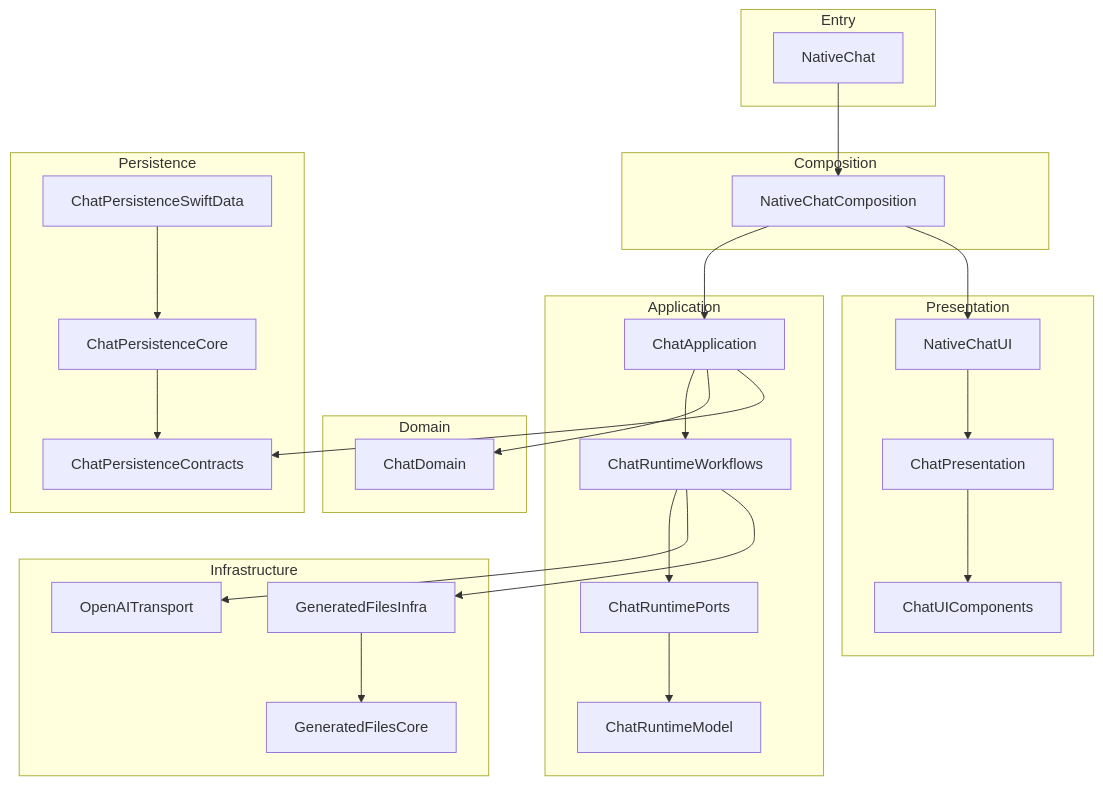
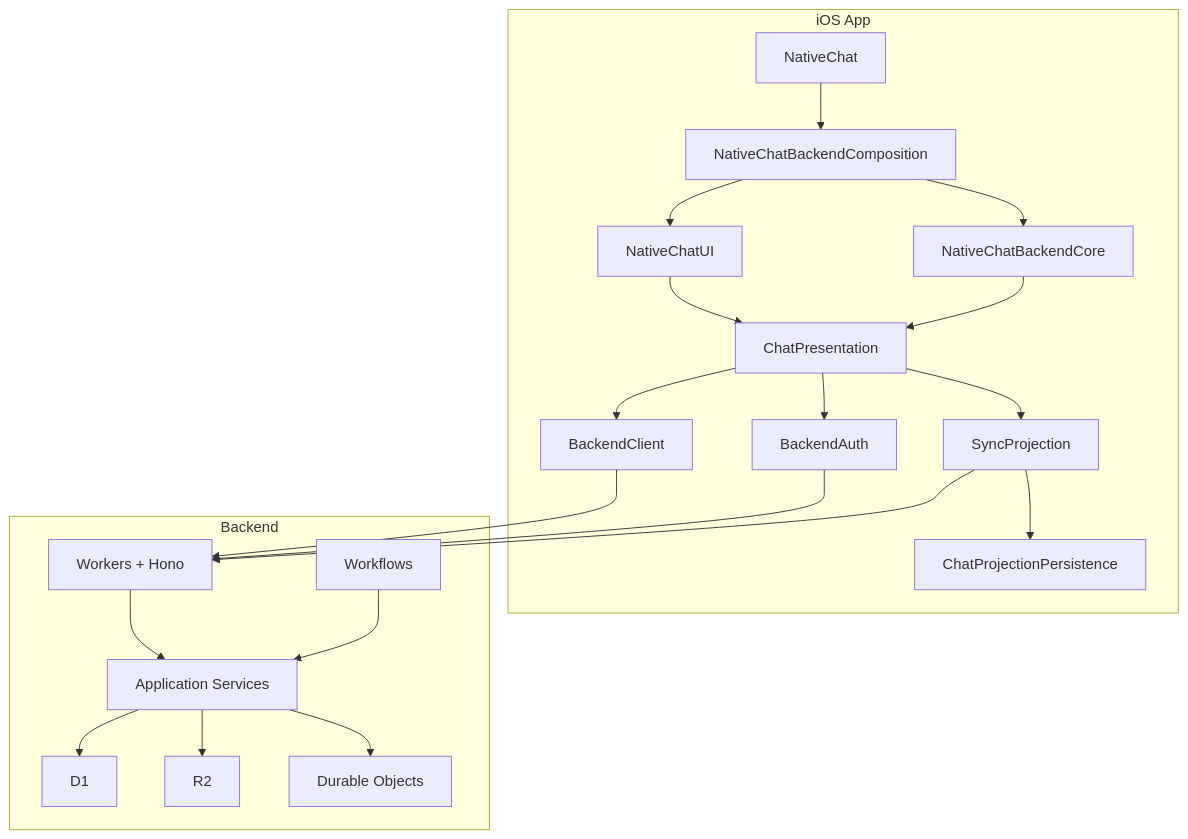
Before and after one commit to ljnpro/GlassGPT: the diagram in README.md, drawn with Mermaid. The commit also changed other lines of this file and 837 other files, not shown here.

````diff
--- a/README.md
+++ b/README.md
@@ -23,41 +29,26 @@
 ```mermaid
 graph TD
-    subgraph Presentation
-        A[NativeChatUI] --> B[ChatPresentation]
-        B --> C[ChatUIComponents]
+    subgraph iOS App
+        A["NativeChatUI"] --> B["ChatPresentation"]
+        B --> C["BackendClient"]
+        B --> D["BackendAuth"]
+        B --> E["SyncProjection"]
+        E --> F["ChatProjectionPersistence"]
+        G["NativeChatBackendComposition"] --> A
+        G --> H["NativeChatBackendCore"]
+        H --> B
+        I["NativeChat"] --> G
     end
 
-    subgraph Application
-        D[ChatApplication] --> E[ChatRuntimeWorkflows]
-        E --> F[ChatRuntimePorts]
-        F --> G[ChatRuntimeModel]
+    subgraph Backend
+        J["Workers + Hono"] --> K["Application Services"]
+        K --> L["D1"]
+        K --> M["R2"]
+        K --> N["Durable Objects"]
+        O["Workflows"] --> K
     end
 
-    subgraph Composition
-        H[NativeChatComposition] --> D
-        H --> A
-    end
-
-    subgraph Domain
-        I[ChatDomain]
-    end
-
-    subgraph Persistence
-        J[ChatPersistenceSwiftData] --> K[ChatPersistenceCore]
-        K --> L[ChatPersistenceContracts]
-    end
-
-    subgraph Infrastructure
-        M[OpenAITransport]
-        N[GeneratedFilesInfra] --> O[GeneratedFilesCore]
-    end
-
-    subgraph Entry
-        P[NativeChat] --> H
-    end
-
-    D --> I
-    D --> L
-    E --> M
-    E --> N
+    C --> J
+    D --> J
+    E --> J
 ```
````
